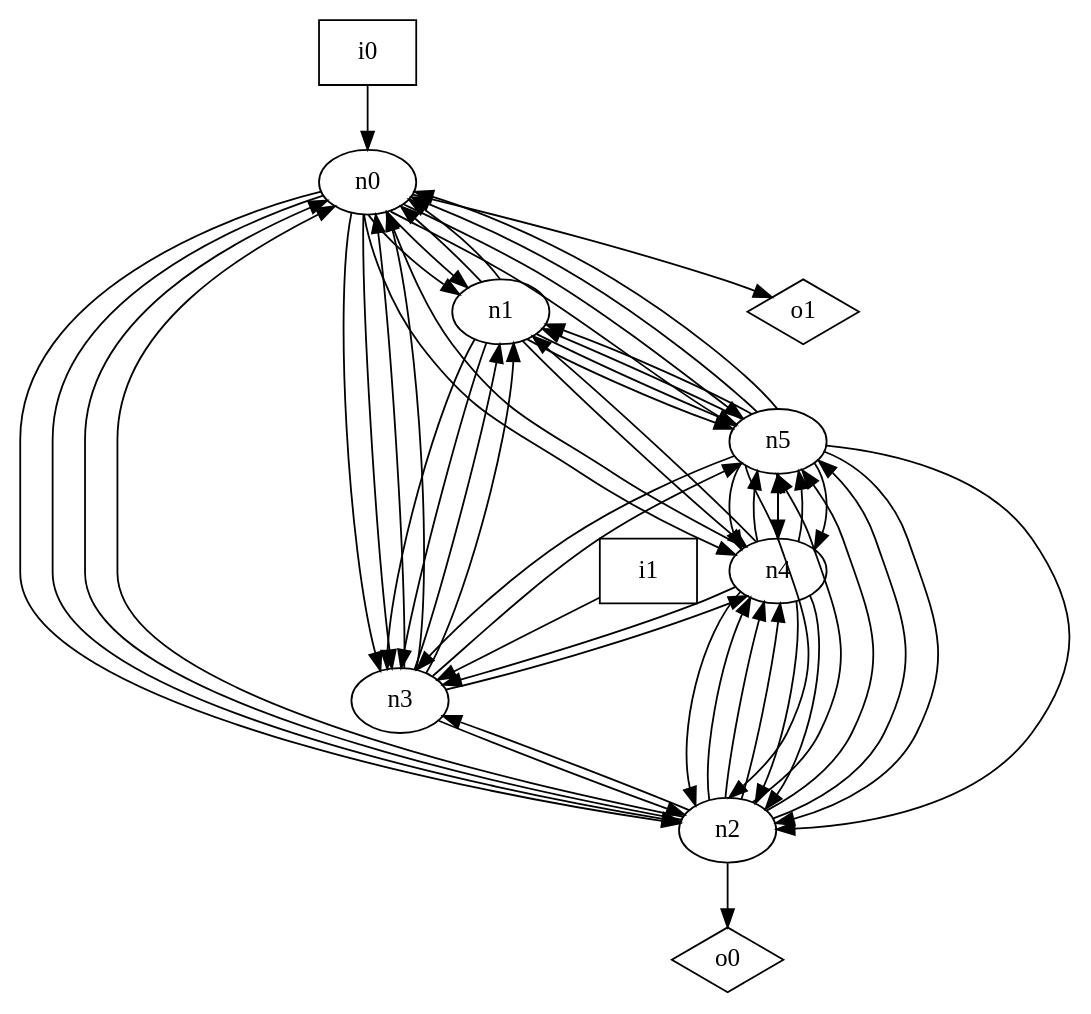
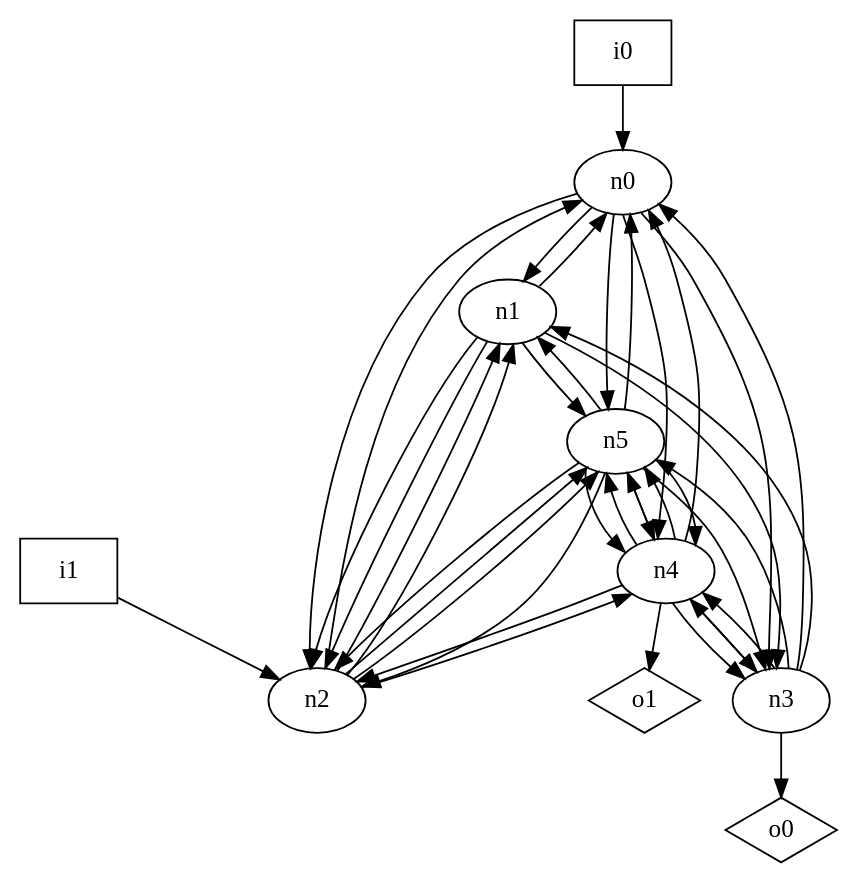
Before and after one commit to p9romain/bool-circuits: the diagram in dot_files/random/random_undirected_loop_free_graph.dot, drawn with Graphviz. The commit also changed 44 other files, not shown here.

```diff
--- a/dot_files/random/random_undirected_loop_free_graph.dot
+++ b/dot_files/random/random_undirected_loop_free_graph.dot
@@ -1,68 +1,52 @@
 digraph G {
 n0 [label="n0"];
 n1 [label="n1"];
 n2 [label="n2"];
 n3 [label="n3"];
 n4 [label="n4"];
 n5 [label="n5"];
 n6 [label="i0",shape="box"];
 n7 [label="i1",shape="box"];
 n8 [label="o0",shape="diamond"];
 n9 [label="o1",shape="diamond"];
 n0 -> n1
-n0 -> n1
 n0 -> n2
-n0 -> n2
-n0 -> n3
 n0 -> n3
 n0 -> n4
 n0 -> n5
-n0 -> n5
-n0 -> n9
 n1 -> n0
-n1 -> n0
+n1 -> n2
+n1 -> n2
 n1 -> n3
-n1 -> n3
-n1 -> n4
-n1 -> n5
 n1 -> n5
 n2 -> n0
-n2 -> n0
-n2 -> n3
-n2 -> n4
-n2 -> n4
+n2 -> n1
+n2 -> n1
 n2 -> n4
 n2 -> n5
 n2 -> n5
-n2 -> n5
-n2 -> n8
-n3 -> n0
 n3 -> n0
 n3 -> n1
-n3 -> n1
-n3 -> n2
+n3 -> n4
 n3 -> n4
 n3 -> n5
+n3 -> n8
 n4 -> n0
-n4 -> n1
 n4 -> n2
-n4 -> n2
-n4 -> n2
+n4 -> n3
 n4 -> n3
 n4 -> n5
 n4 -> n5
 n4 -> n5
-n5 -> n0
+n4 -> n9
 n5 -> n0
 n5 -> n1
-n5 -> n1
-n5 -> n2
 n5 -> n2
 n5 -> n2
 n5 -> n3
 n5 -> n4
 n5 -> n4
 n5 -> n4
 n6 -> n0
-n7 -> n3
+n7 -> n2
 }
```
